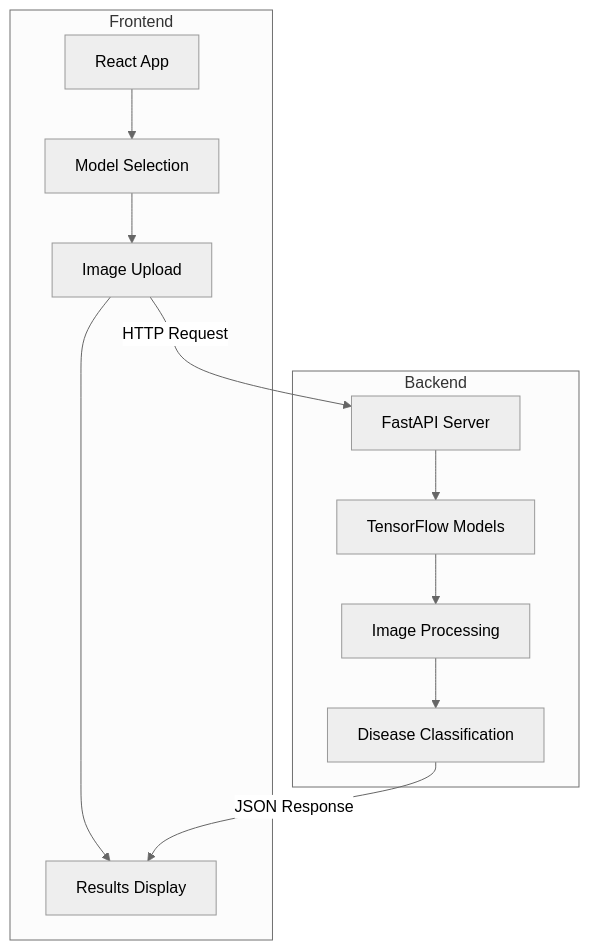
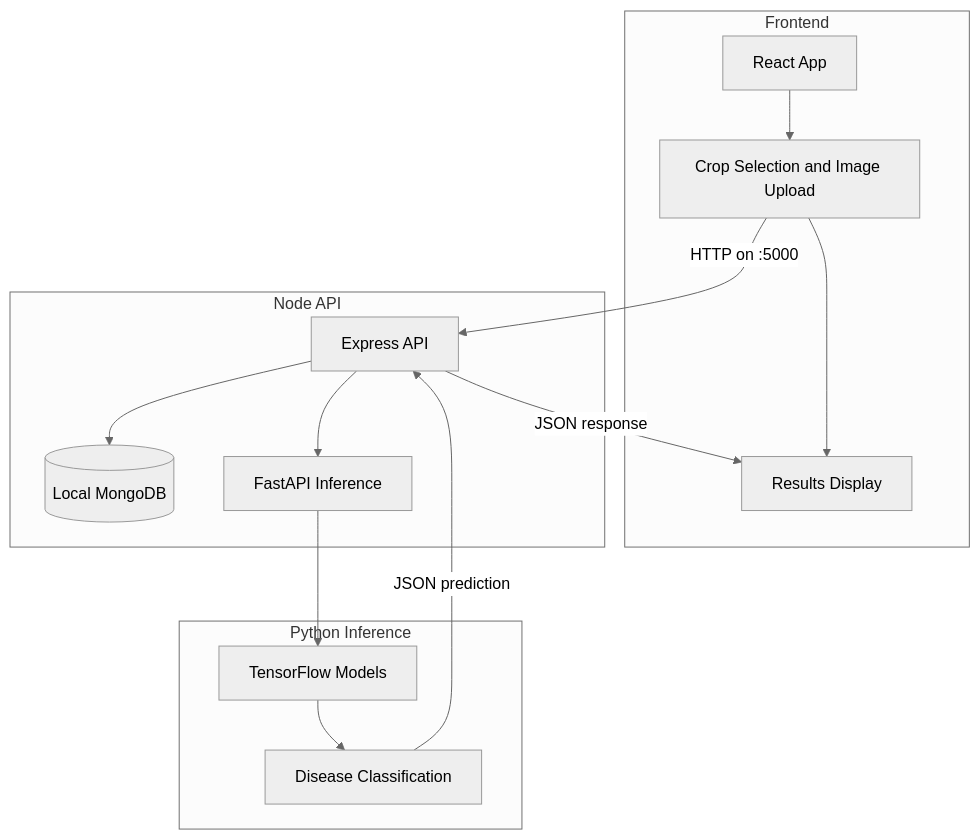
One commit to Mahalakshmi0112/LeafLens changed the diagram in README.md. Above: the diagram before and after it, drawn with Mermaid (neutral theme). The commit also changed other lines of this file and 44 other files, not shown here.

````diff
--- a/README.md
+++ b/README.md
@@ -80,17 +80,21 @@
 ```mermaid
 graph TB
     subgraph Frontend
-        A[React App] --> B[Model Selection]
-        B --> C[Image Upload]
-        C --> D[Results Display]
+      A[React App] --> B[Crop Selection and Image Upload]
+      B --> C[Results Display]
     end
     
-    subgraph Backend
-        E[FastAPI Server] --> F[TensorFlow Models]
-        F --> G[Image Processing]
-        G --> H[Disease Classification]
+    subgraph Node API
+      D[Express API] --> E[(Local MongoDB)]
+      D --> F[FastAPI Inference]
     end
     
-    C -->|HTTP Request| E
-    H -->|JSON Response| D
+    subgraph Python Inference
+      F --> G[TensorFlow Models]
+      G --> H[Disease Classification]
+    end
+
+    B -->|HTTP on :5000| D
+    H -->|JSON prediction| D
+    D -->|JSON response| C
 ```
````
